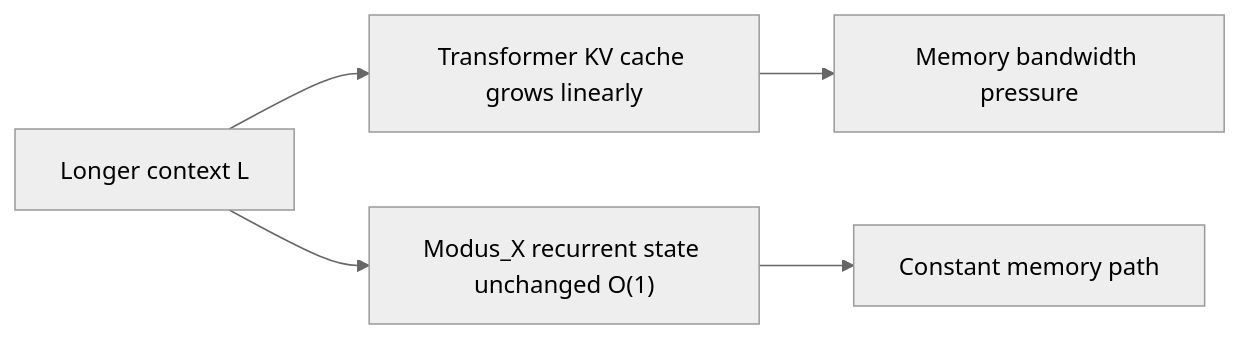
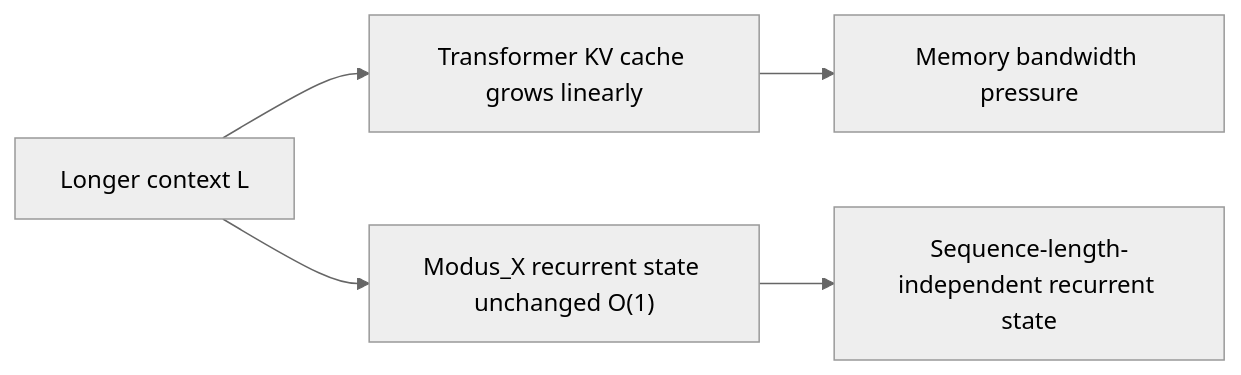
One commit to sanyamChaudhary27/Modus_X changed the diagram in paper/whitepaper.md. Above: the diagram before and after it, drawn with Mermaid (neutral theme). The commit also changed other lines of this file and 190 other files, not shown here.

````diff
--- a/paper/whitepaper.md
+++ b/paper/whitepaper.md
@@ -89,7 +333,7 @@
 ```mermaid
 flowchart LR
     A["Longer context L"] --> B["Transformer KV cache grows linearly"]
     A --> C["Modus_X recurrent state unchanged O(1)"]
     B --> D["Memory bandwidth pressure"]
-    C --> E["Constant memory path"]
+    C --> E["Sequence-length-independent recurrent state"]
 ```
````
